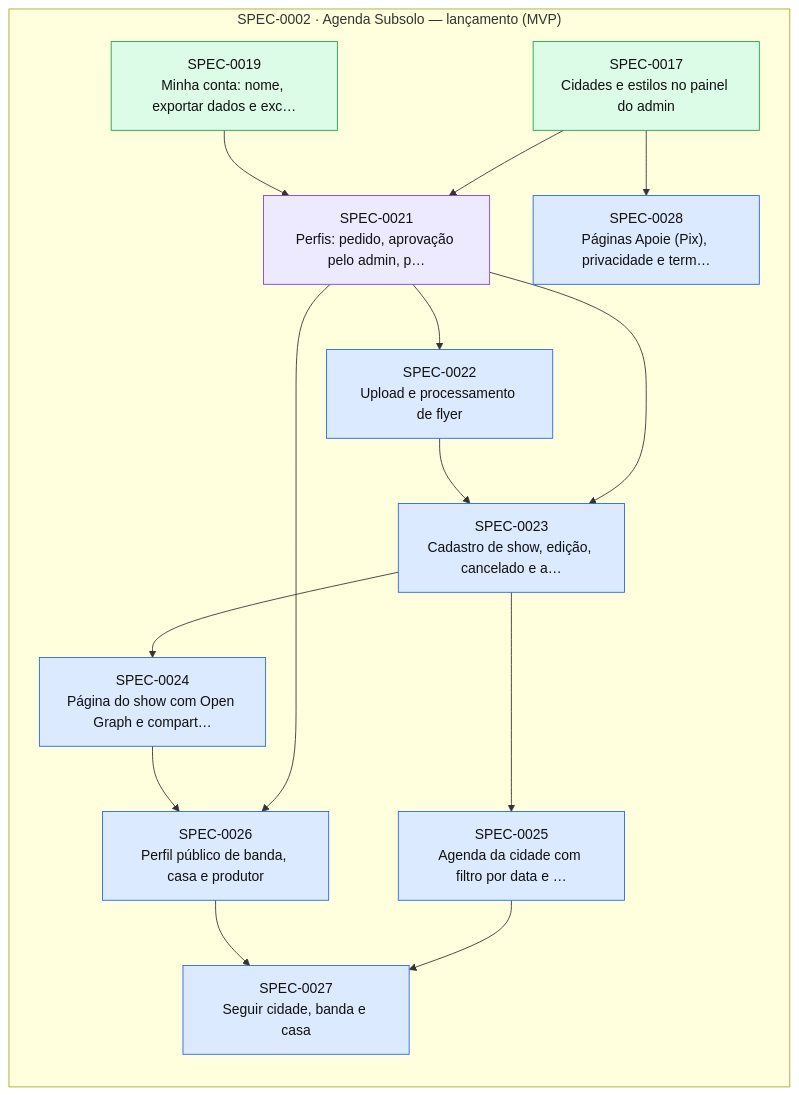
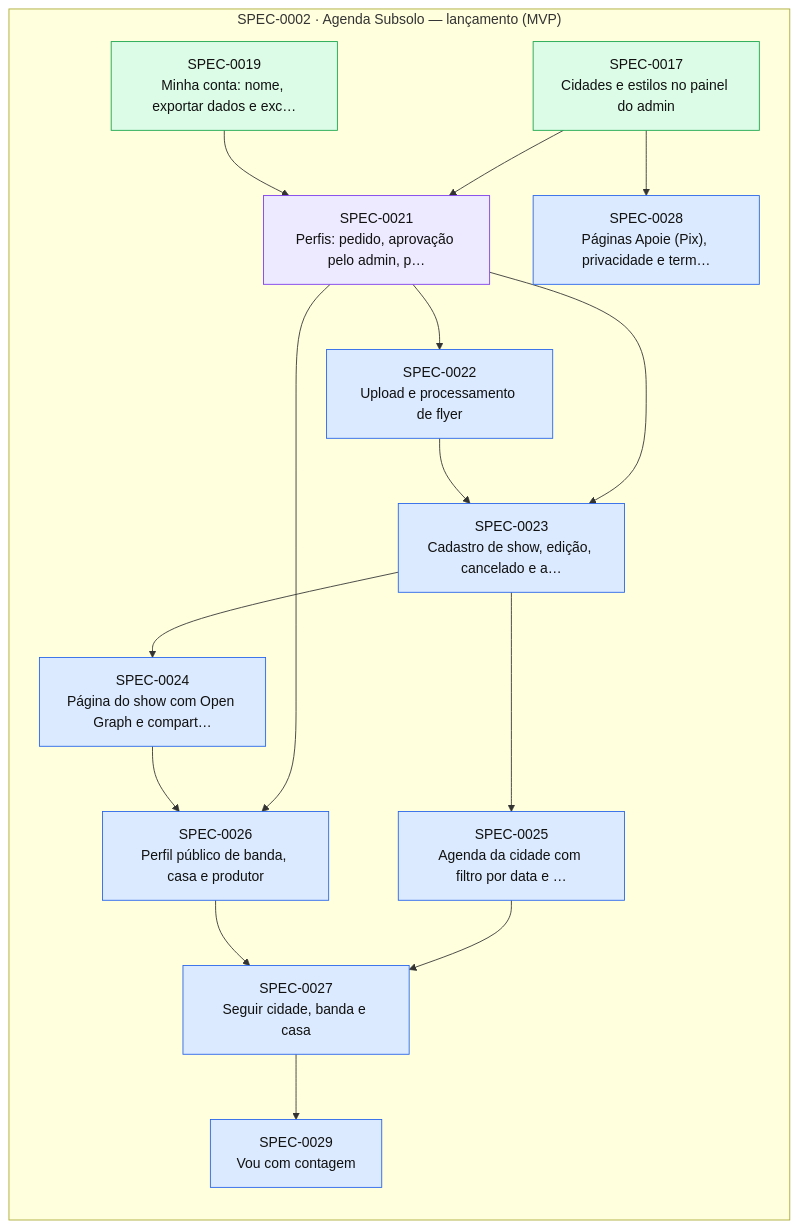
One commit to thomasravache/subsolo changed the diagram in docs/specs/INDEX.md. Above: the diagram before and after it, drawn with Mermaid. The commit also changed other lines of this file and 2 other files, not shown here.

First line of the commit message:
docs(sdd): add, approve and plan SPEC-0029 (Vou) under the standing autopilot

````diff
--- a/docs/specs/INDEX.md
+++ b/docs/specs/INDEX.md
@@ -72,32 +73,34 @@
 ```mermaid
 flowchart LR
   subgraph E0002["SPEC-0002 · Agenda Subsolo — lançamento (MVP)"]
     S0017["SPEC-0017<br/>Cidades e estilos no painel do admin"]:::implemented
     S0019["SPEC-0019<br/>Minha conta: nome, exportar dados e exc…"]:::implemented
     S0021["SPEC-0021<br/>Perfis: pedido, aprovação pelo admin, p…"]:::inprogress
     S0022["SPEC-0022<br/>Upload e processamento de flyer"]:::approved
     S0023["SPEC-0023<br/>Cadastro de show, edição, cancelado e a…"]:::approved
     S0024["SPEC-0024<br/>Página do show com Open Graph e compart…"]:::approved
     S0025["SPEC-0025<br/>Agenda da cidade com filtro por data e …"]:::approved
     S0026["SPEC-0026<br/>Perfil público de banda, casa e produtor"]:::approved
     S0027["SPEC-0027<br/>Seguir cidade, banda e casa"]:::approved
     S0028["SPEC-0028<br/>Páginas Apoie (Pix), privacidade e term…"]:::approved
+    S0029["SPEC-0029<br/>Vou com contagem"]:::approved
   end
   S0017 --> S0021
   S0019 --> S0021
   S0021 --> S0022
   S0021 --> S0023
   S0022 --> S0023
   S0023 --> S0024
   S0023 --> S0025
   S0021 --> S0026
   S0024 --> S0026
   S0025 --> S0027
   S0026 --> S0027
   S0017 --> S0028
+  S0027 --> S0029
   classDef proposed fill:#fef3c7,stroke:#d97706,color:#111
   classDef approved fill:#dbeafe,stroke:#2563eb,color:#111
   classDef inprogress fill:#ede9fe,stroke:#7c3aed,color:#111
   classDef implemented fill:#dcfce7,stroke:#16a34a,color:#111
   classDef deprecated fill:#f3f4f6,stroke:#9ca3af,color:#6b7280
 ```
````
